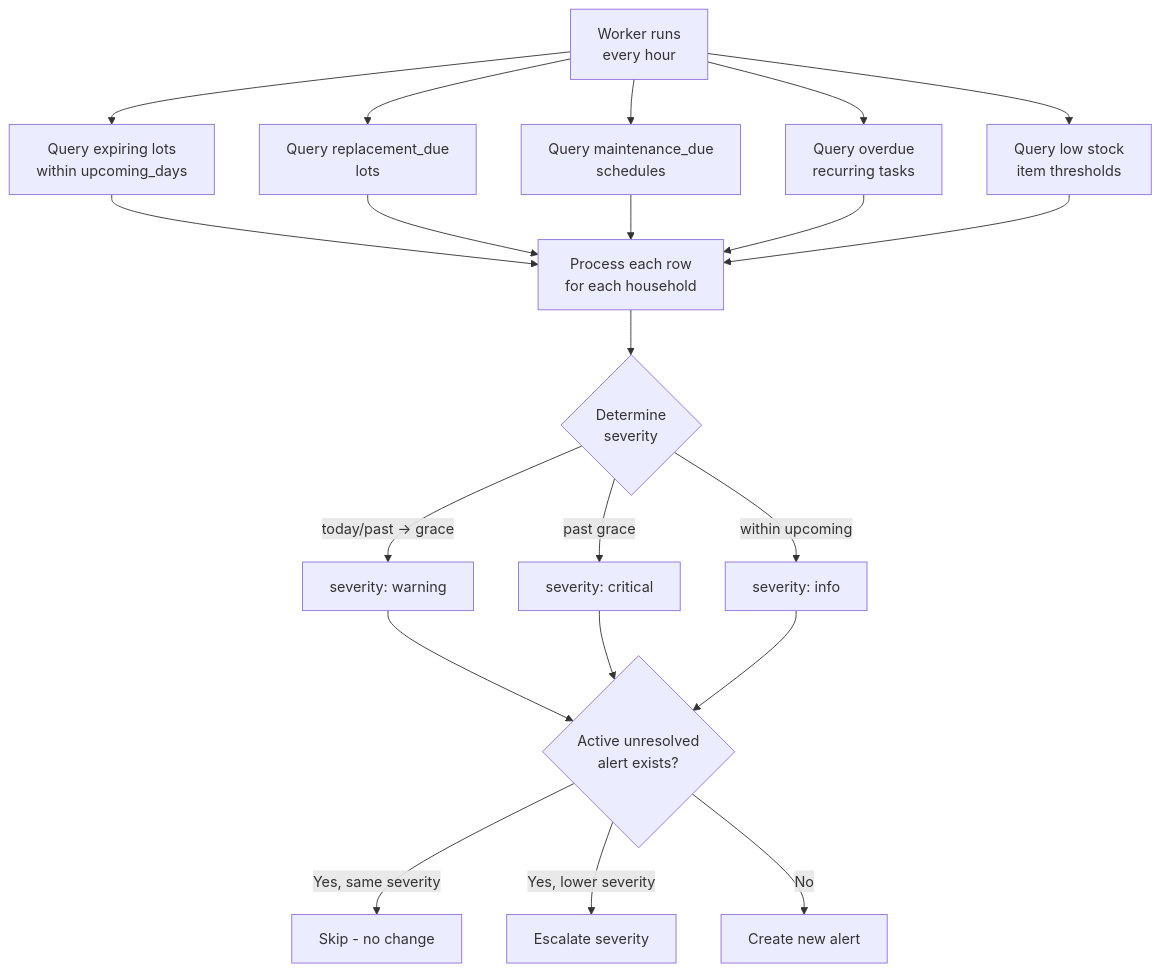
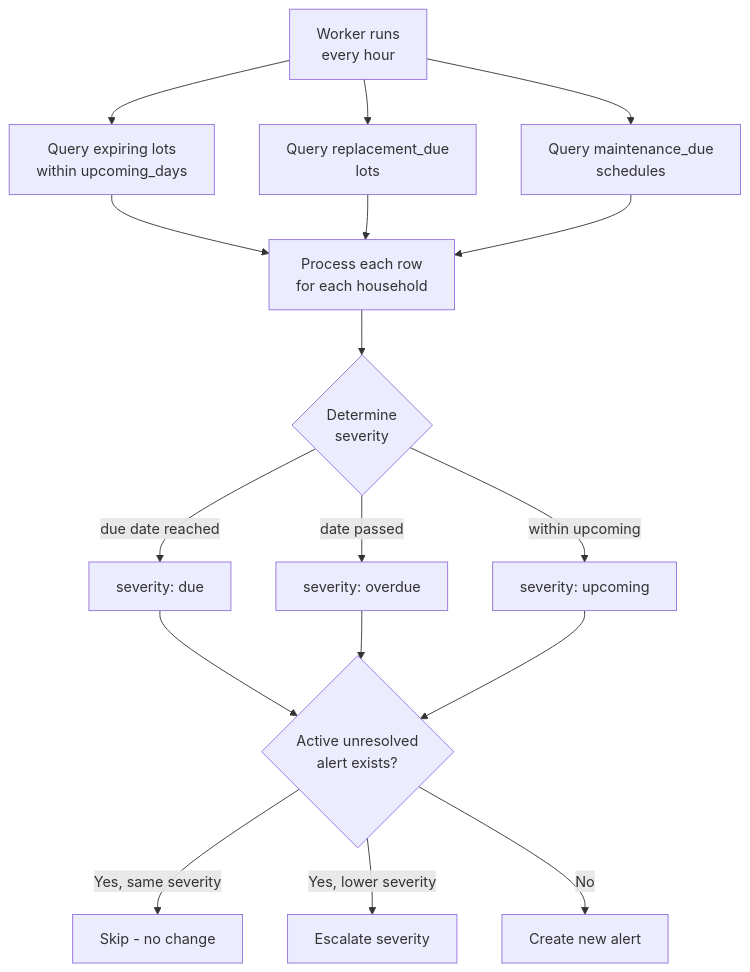
The first of 2 diagrams in docs/07-alerting-and-prioritization.md (UncleJS/bePrepared), drawn with Mermaid before and after one commit. The commit also changed other lines of this file and 12 other files, not shown here.

````diff
--- a/docs/07-alerting-and-prioritization.md
+++ b/docs/07-alerting-and-prioritization.md
@@ -82,27 +77,23 @@
 ```mermaid
 flowchart TD
   W[Worker runs\nevery hour] --> Q1[Query expiring lots\nwithin upcoming_days]
   W --> Q2[Query replacement_due\nlots]
   W --> Q3[Query maintenance_due\nschedules]
-  W --> Q4[Query overdue\nrecurring tasks]
-  W --> Q5[Query low stock\nitem thresholds]
   
   Q1 --> P[Process each row\nfor each household]
   Q2 --> P
   Q3 --> P
-  Q4 --> P
-  Q5 --> P
   
   P --> SEV{Determine\nseverity}
-  SEV -- today/past → grace --> DUE[severity: warning]
-  SEV -- past grace --> OVR[severity: critical]
-  SEV -- within upcoming --> UPC[severity: info]
+  SEV -- due date reached --> DUE[severity: due]
+  SEV -- date passed --> OVR[severity: overdue]
+  SEV -- within upcoming --> UPC[severity: upcoming]
   
   DUE --> CHK{Active unresolved\nalert exists?}
   OVR --> CHK
   UPC --> CHK
   
   CHK -- Yes, same severity --> SKIP[Skip - no change]
   CHK -- Yes, lower severity --> ESC[Escalate severity]
   CHK -- No --> CREATE[Create new alert]
 ```
````
